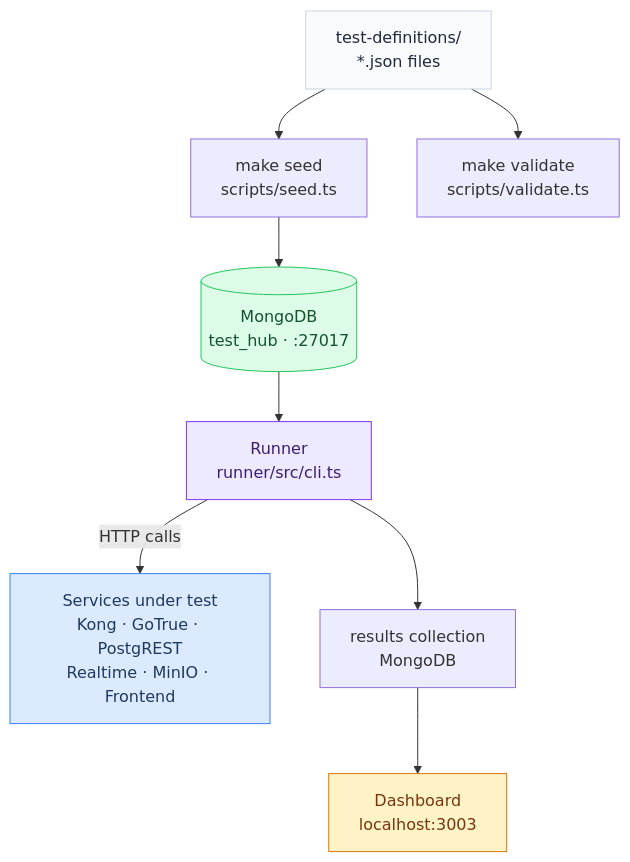
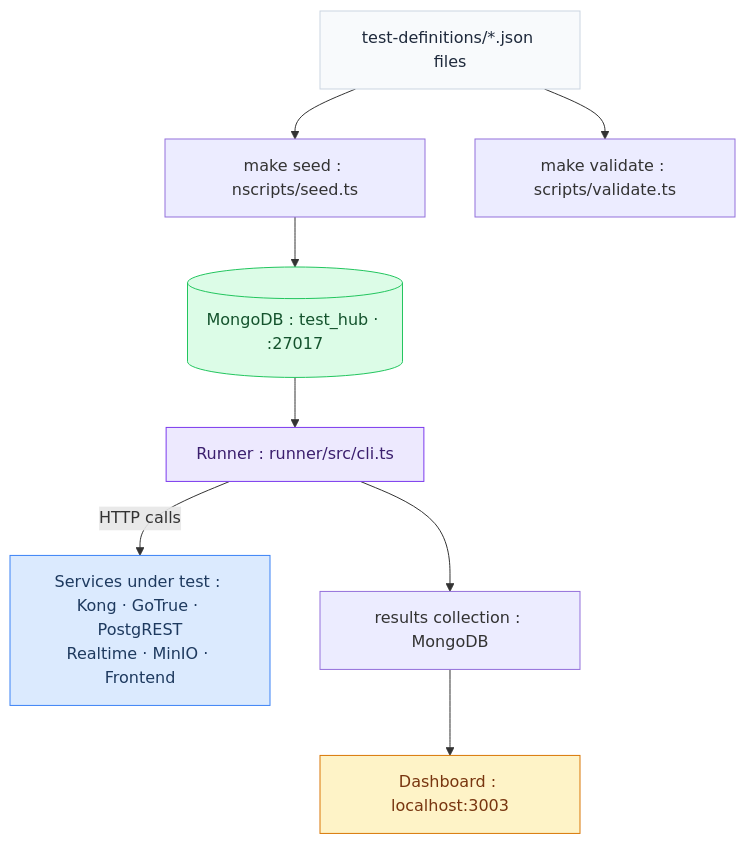
The diagram in README.md (Univers42/QA), drawn with Mermaid before and after one commit. The commit also changed other lines of this file and 2 other files, not shown here.

Commit message:
docs(correction): some corrections have been made in documentation files

````diff
--- a/README.md
+++ b/README.md
@@ -59,25 +59,25 @@
 ```mermaid
 graph TB
-    JSON["test-definitions/\n*.json files"]
-    Seed["make seed\nscripts/seed.ts"]
-    Validate["make validate\nscripts/validate.ts"]
-    MongoDB[("MongoDB\ntest_hub · :27017")]
-    Runner["Runner\nrunner/src/cli.ts"]
-    Services["Services under test\nKong · GoTrue · PostgREST\nRealtime · MinIO · Frontend"]
-    Results["results collection\nMongoDB"]
-    Dashboard["Dashboard\nlocalhost:3003"]
+    JSON["test-definitions/*.json files"]
+    Seed["make seed : nscripts/seed.ts"]
+    Validate["make validate : scripts/validate.ts"]
+    MongoDB[("MongoDB : test_hub · :27017")]
+    Runner["Runner : runner/src/cli.ts"]
+    Services["Services under test : Kong · GoTrue · PostgREST<br/>Realtime · MinIO · Frontend"]
+    Results["results collection : MongoDB"]
+    Dashboard["Dashboard : localhost:3003"]
 
     JSON --> Validate
     JSON --> Seed
     Seed --> MongoDB
     MongoDB --> Runner
     Runner -->|"HTTP calls"| Services
     Runner --> Results
     Results --> Dashboard
 
     style MongoDB fill:#dcfce7,stroke:#22c55e,color:#14532d
     style Runner fill:#ede9fe,stroke:#7c3aed,color:#3b1f6e
     style Services fill:#dbeafe,stroke:#3b82f6,color:#1e3a5f
     style Dashboard fill:#fef3c7,stroke:#d97706,color:#78350f
     style JSON fill:#f8fafc,stroke:#cbd5e1,color:#1e293b
 ```
````
